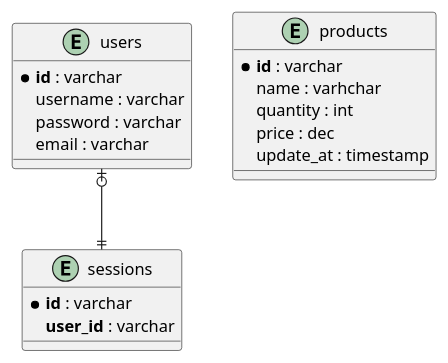
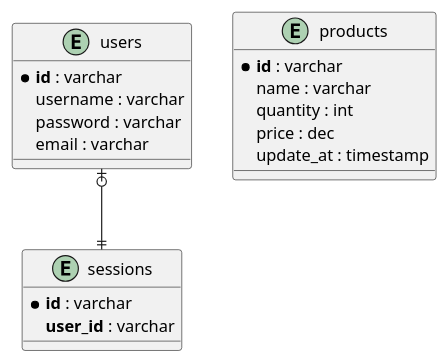
One commit to onlyiqbal/crud-stock-manager changed the diagram in entity_diagram.puml. Above: the diagram before and after it, drawn with PlantUML.

Commit message:
edt file entitiy diagram

```diff
--- a/entity_diagram.puml
+++ b/entity_diagram.puml
@@ -1,23 +1,23 @@
 @startuml "Entity Diagram"
      entity "users" as users {
           * **id** : varchar
           username : varchar
           password : varchar
           email : varchar
      }
 
      entity "sessions" as sessions {
           * **id** : varchar
           **user_id** : varchar
      }
 
      entity "products" as products {
           * **id** : varchar
-          name : varhchar
+          name : varchar
           quantity : int
           price : dec
           update_at : timestamp
      }
 
      users|o--||sessions
 @enduml
```
